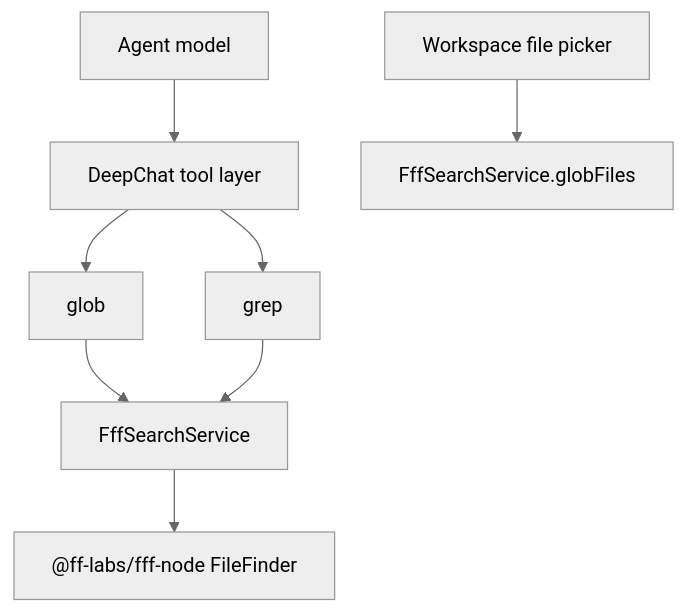
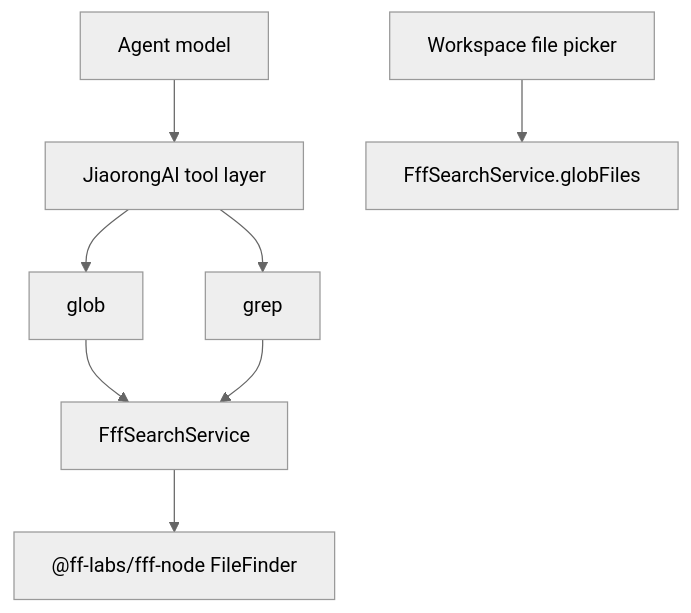
The diagram in docs/architecture/agent-fff-node-api-search/plan.md (WxRyanWx/jiaorong_agent_platform), drawn with Mermaid (neutral theme) before and after one commit. The commit also changed other lines of this file and 423 other files, not shown here.

````diff
--- a/docs/architecture/agent-fff-node-api-search/plan.md
+++ b/docs/architecture/agent-fff-node-api-search/plan.md
@@ -5,10 +5,10 @@
 ```mermaid
 flowchart TD
-  M["Agent model"] --> T["DeepChat tool layer"]
+  M["Agent model"] --> T["JiaorongAI tool layer"]
   T --> FF["glob"]
   T --> FG["grep"]
   FF --> S["FffSearchService"]
   FG --> S
   W["Workspace file picker"] --> G["FffSearchService.globFiles"]
   S --> N["@ff-labs/fff-node FileFinder"]
 ```
````
